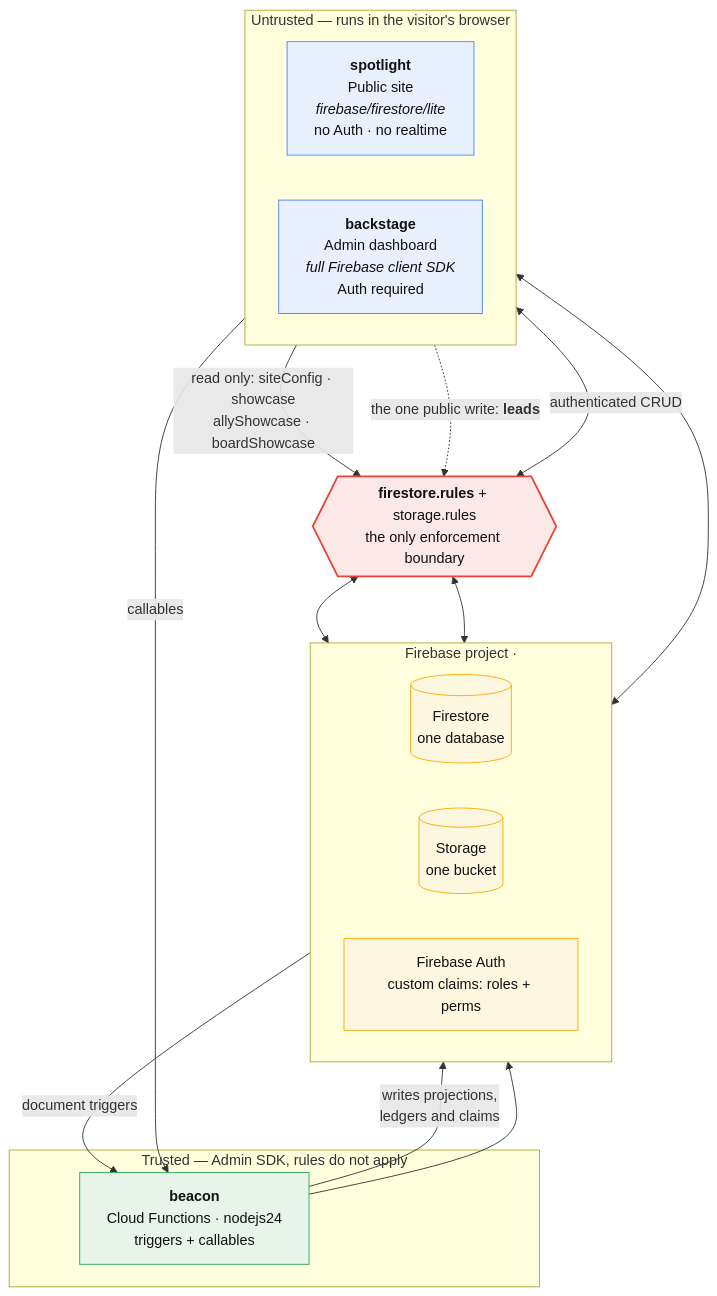
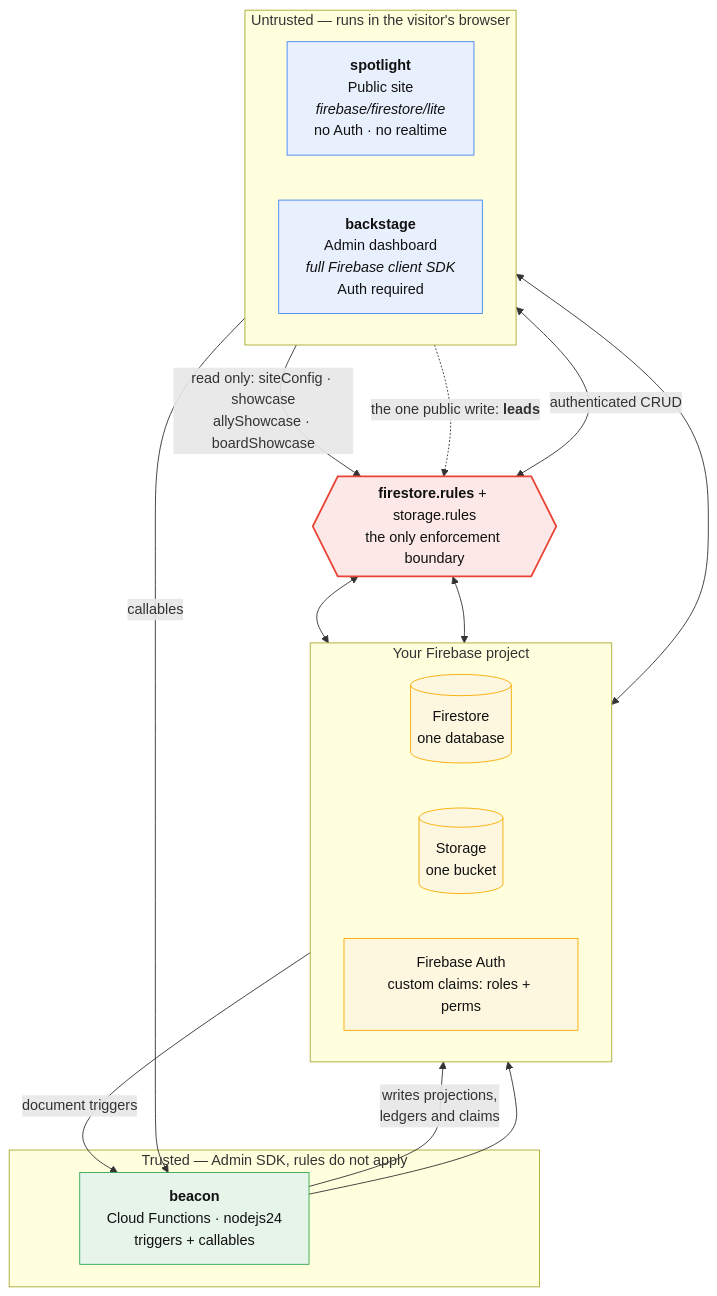
Before and after one commit to JCIOriente/luminova: the first of 5 diagrams in docs/architecture.md, drawn with Mermaid. The commit also changed 5 other files, not shown here.

````diff
--- a/docs/architecture.md
+++ b/docs/architecture.md
@@ -5,49 +5,49 @@
 ```mermaid
 %% Luminova — container diagram
 %% The split is the trust boundary: everything above the rules membrane runs in a
 %% browser the chapter does not control. Everything below runs with the Admin SDK
 %% and bypasses rules entirely.
 %% Source of truth: docs/architecture.md
 
 flowchart TB
     subgraph untrusted["Untrusted — runs in the visitor's browser"]
         direction LR
         spotlight["<b>spotlight</b><br/>Public site<br/><i>firebase/firestore/lite</i><br/>no Auth · no realtime"]
         backstage["<b>backstage</b><br/>Admin dashboard<br/><i>full Firebase client SDK</i><br/>Auth required"]
     end
 
     rules{{"<b>firestore.rules</b> + storage.rules<br/>the only enforcement boundary"}}
 
-    subgraph data["Firebase project · <project id>"]
+    subgraph data["Your Firebase project"]
         direction LR
         firestore[("Firestore<br/>one database")]
         storage[("Storage<br/>one bucket")]
         fbauth["Firebase Auth<br/>custom claims: roles + perms"]
     end
 
     subgraph trusted["Trusted — Admin SDK, rules do not apply"]
         beacon["<b>beacon</b><br/>Cloud Functions · nodejs24<br/>triggers + callables"]
     end
 
     spotlight -->|"read only: siteConfig · showcase<br/>allyShowcase · boardShowcase"| rules
     spotlight -.->|"the one public write: <b>leads</b>"| rules
     backstage <-->|"authenticated CRUD"| rules
 
     rules <--> firestore
     rules <--> storage
     backstage <--> fbauth
 
     firestore -->|"document triggers"| beacon
     backstage -->|"callables"| beacon
     beacon -->|"writes projections,<br/>ledgers and claims"| firestore
     beacon --> fbauth
 
     classDef client fill:#e8f0fe,stroke:#4285f4,stroke-width:1px,color:#111
     classDef server fill:#e6f4ea,stroke:#34a853,stroke-width:1px,color:#111
     classDef store fill:#fef7e0,stroke:#f9ab00,stroke-width:1px,color:#111
     classDef boundary fill:#fce8e6,stroke:#ea4335,stroke-width:2px,color:#111
     class spotlight,backstage client
     class beacon server
     class firestore,storage,fbauth store
     class rules boundary
 ```
````
